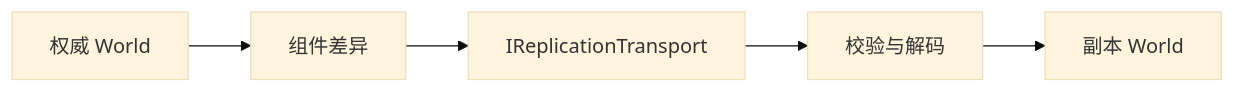
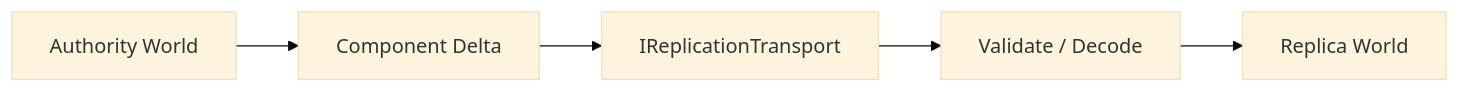
The second of 2 diagrams in Verve.Core/Runtime/ACC/README.md (verloren-droom/Verve), drawn with Mermaid (base theme) before and after one commit. The commit also changed other lines of this file and 145 other files, not shown here.

Commit message:
feat(acc.editor,flow,readme): 增加ACC时间轴功能、线性流程功能和调整文档。

````diff
--- a/Verve.Core/Runtime/ACC/README.md
+++ b/Verve.Core/Runtime/ACC/README.md
@@ -73,7 +57,7 @@
 ```mermaid
 flowchart LR
-    A[权威 World] --> D[组件差异]
+    A[Authority World] --> D[Component Delta]
     D --> T[IReplicationTransport]
-    T --> V[校验与解码]
-    V --> R[副本 World]
+    T --> V[Validate / Decode]
+    V --> R[Replica World]
 ```
````
